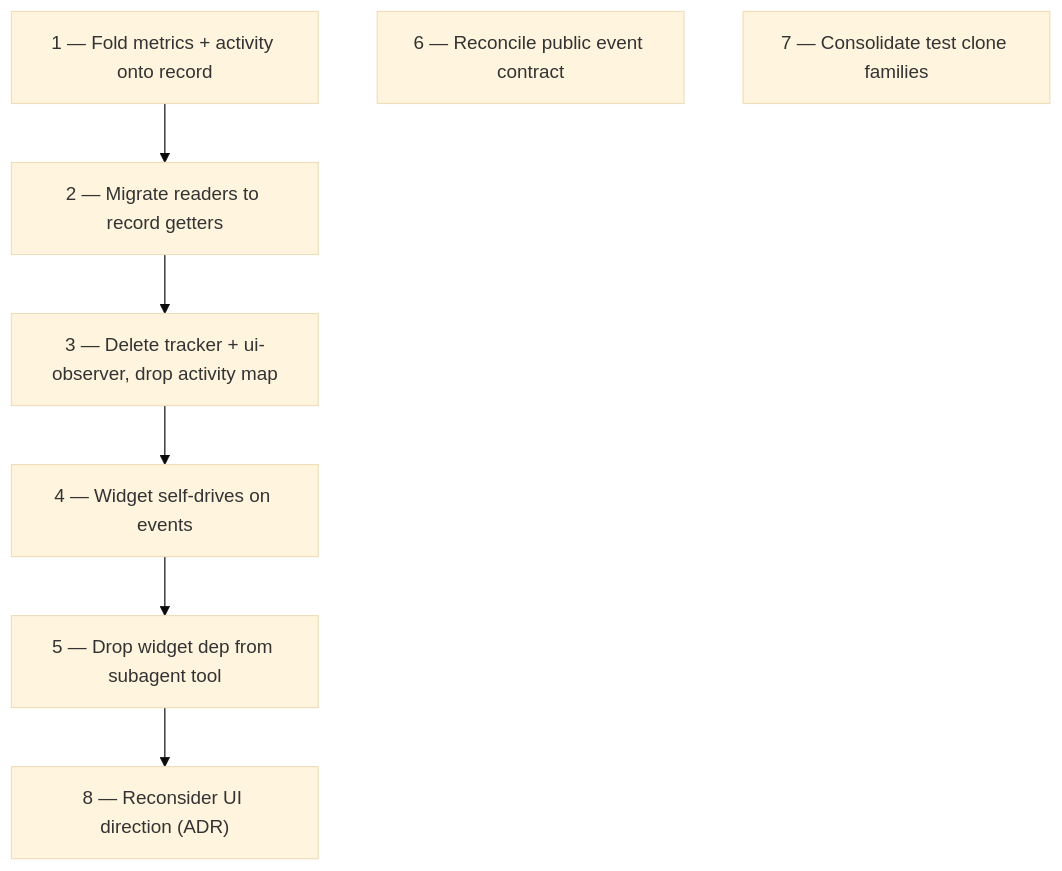
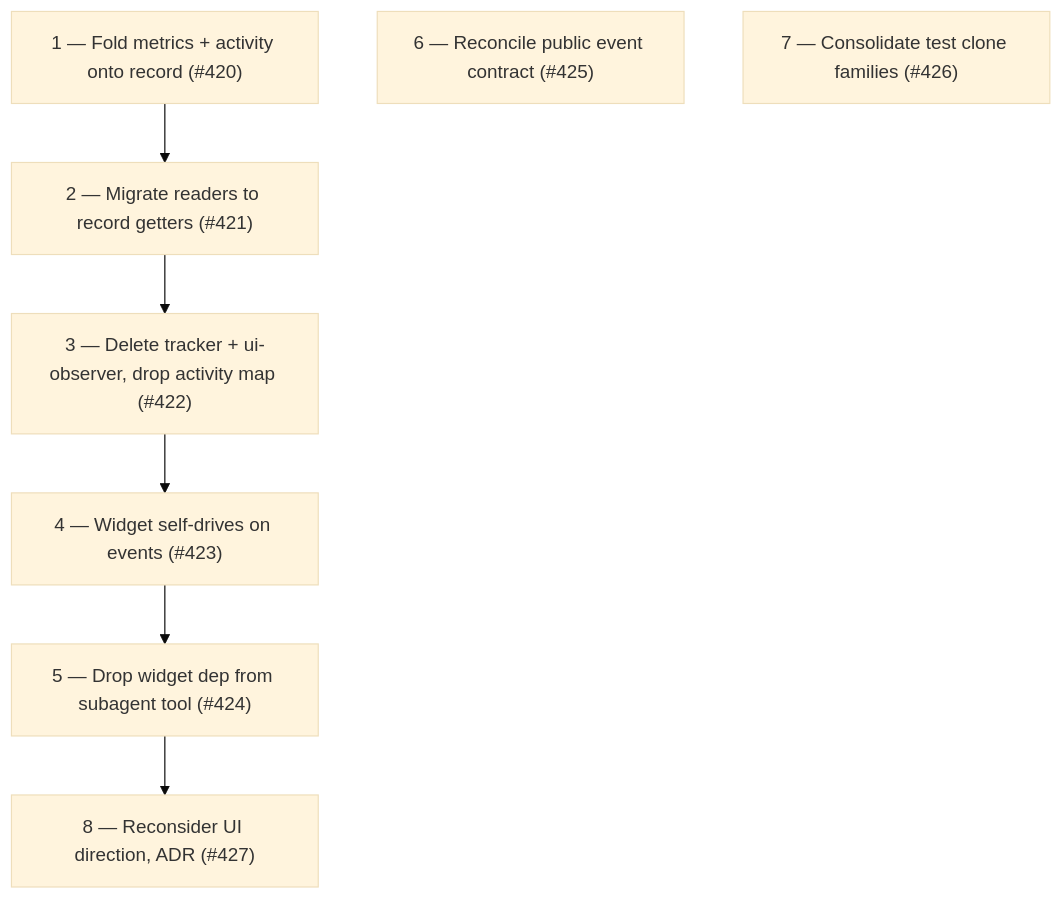
The sixth of 6 diagrams in docs/architecture/architecture.md (ttdua/pi-subagents), drawn with Mermaid (base theme) before and after one commit. The commit also changed other lines of this file, not shown here.

Commit message:
docs(pi-subagents): link Phase 18 roadmap steps to issues #420-#427

````diff
--- a/docs/architecture/architecture.md
+++ b/docs/architecture/architecture.md
@@ -1007,15 +1007,15 @@
 ```mermaid
 flowchart TB
-    S1["1 — Fold metrics + activity onto record"]
-    S2["2 — Migrate readers to record getters"]
-    S3["3 — Delete tracker + ui-observer, drop activity map"]
-    S4["4 — Widget self-drives on events"]
-    S5["5 — Drop widget dep from subagent tool"]
-    S6["6 — Reconcile public event contract"]
-    S7["7 — Consolidate test clone families"]
-    S8["8 — Reconsider UI direction (ADR)"]
+    S1["1 — Fold metrics + activity onto record (#420)"]
+    S2["2 — Migrate readers to record getters (#421)"]
+    S3["3 — Delete tracker + ui-observer, drop activity map (#422)"]
+    S4["4 — Widget self-drives on events (#423)"]
+    S5["5 — Drop widget dep from subagent tool (#424)"]
+    S6["6 — Reconcile public event contract (#425)"]
+    S7["7 — Consolidate test clone families (#426)"]
+    S8["8 — Reconsider UI direction, ADR (#427)"]
 
     S1 --> S2 --> S3 --> S4 --> S5 --> S8
     S6
     S7
 ```
````
